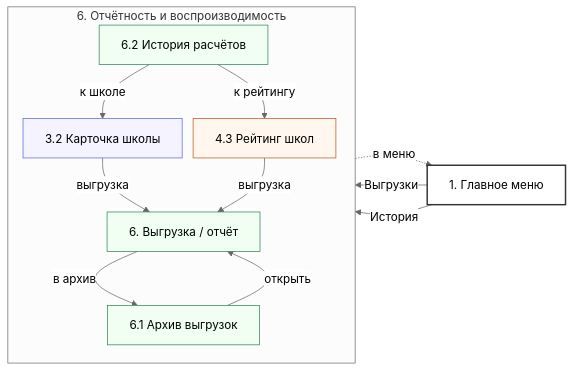
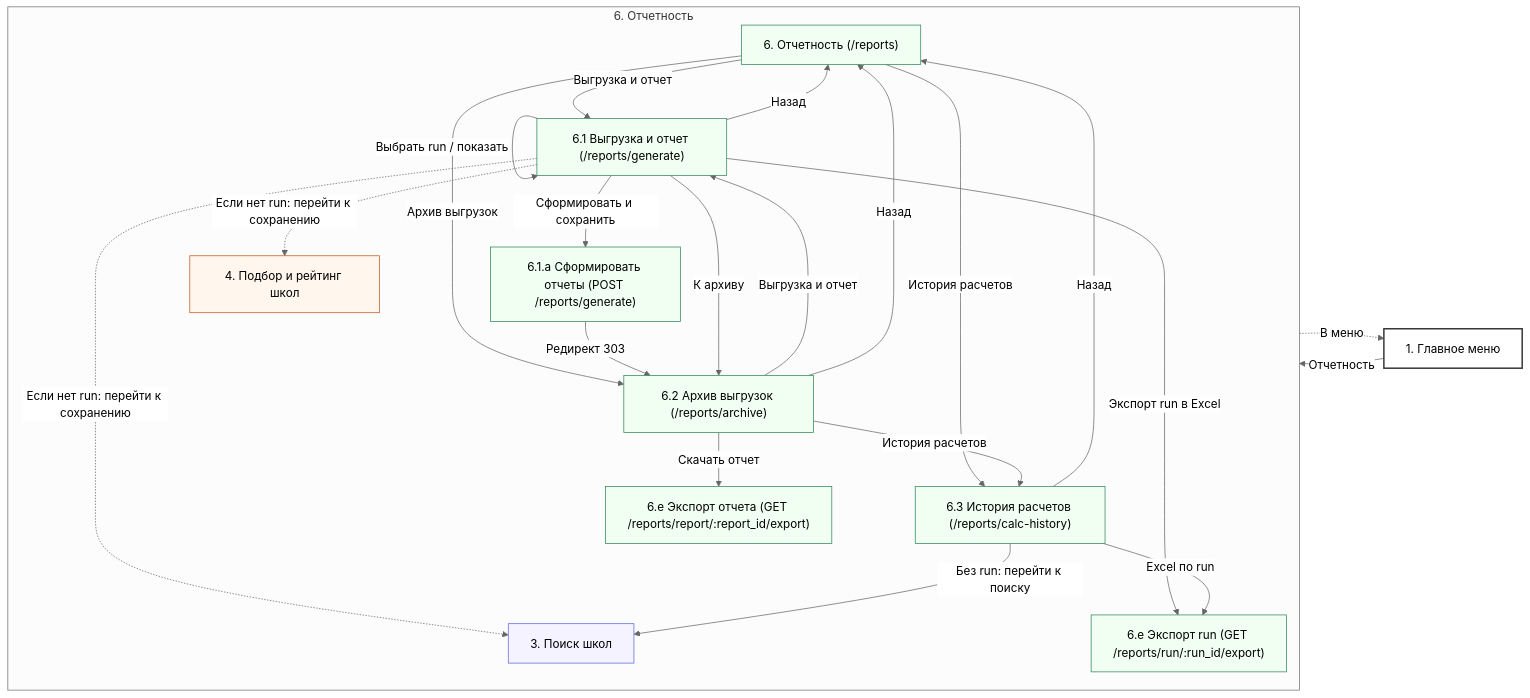
One commit to AntoshinaVeronicka/school-ranking-system changed the sixth of 8 diagrams in mermaid/dialog_tree.md. Above: the diagram before and after it, drawn with Mermaid (neutral theme). The commit also changed other lines of this file, not shown here.

````diff
--- a/mermaid/dialog_tree.md
+++ b/mermaid/dialog_tree.md
@@ -292,49 +266,60 @@
 ```mermaid
 ---
 config:
   layout: dagre
   flowchart:
     nodeSpacing: 15
     rankSpacing: 25
 ---
 
 flowchart LR
   MainForm["1. Главное меню"]
-  SchoolCard["3.2 Карточка школы"]
-  RatingList["4.3 Рейтинг школ"]
+  SearchForm["3. Поиск школ"]
+  RatingProfile["4. Подбор и рейтинг школ"]
 
-  subgraph REPORTS["6. Отчётность и воспроизводимость"]
+  subgraph REPORTS["6. Отчетность"]
     direction TB
-    ReportGenerate["6. Выгрузка / отчёт"]
-    ReportArchive["6.1 Архив выгрузок"]
-    CalcHistory["6.2 История расчётов"]
+    ReportsHome["6. Отчетность (/reports)"]
+    ReportGenerate["6.1 Выгрузка и отчет (/reports/generate)"]
+    ReportGenerateAction["6.1.a Сформировать отчеты (POST /reports/generate)"]
+    ReportArchive["6.2 Архив выгрузок (/reports/archive)"]
+    CalcHistory["6.3 История расчетов (/reports/calc-history)"]
+    RunExport["6.e Экспорт run (GET /reports/run/:run_id/export)"]
+    ReportExport["6.e Экспорт отчета (GET /reports/report/:report_id/export)"]
 
-    SchoolCard -->|выгрузка| ReportGenerate
-    RatingList -->|выгрузка| ReportGenerate
+    ReportsHome -->|Выгрузка и отчет| ReportGenerate
+    ReportsHome -->|Архив выгрузок| ReportArchive
+    ReportsHome -->|История расчетов| CalcHistory
 
-    ReportGenerate -->|в архив| ReportArchive
-    ReportArchive -->|открыть| ReportGenerate
+    ReportGenerate -->|Выбрать run / показать| ReportGenerate
+    ReportGenerate -->|Сформировать и сохранить| ReportGenerateAction
+    ReportGenerateAction -->|Редирект 303| ReportArchive
+    ReportGenerate -->|Экспорт run в Excel| RunExport
+    ReportGenerate -->|К архиву| ReportArchive
+    ReportGenerate -->|Назад| ReportsHome
+    ReportGenerate -.->|Если нет run: перейти к сохранению| SearchForm
+    ReportGenerate -.->|Если нет run: перейти к сохранению| RatingProfile
 
-    CalcHistory -->|к рейтингу| RatingList
-    CalcHistory -->|к школе| SchoolCard
+    ReportArchive -->|Скачать отчет| ReportExport
+    ReportArchive -->|Выгрузка и отчет| ReportGenerate
+    ReportArchive -->|История расчетов| CalcHistory
+    ReportArchive -->|Назад| ReportsHome
+
+    CalcHistory -->|Excel по run| RunExport
+    CalcHistory -->|Без run: перейти к поиску| SearchForm
+    CalcHistory -->|Назад| ReportsHome
   end
 
-  MainForm -->|Выгрузки| ReportGenerate
-  MainForm -->|История| CalcHistory
-  REPORTS -.->|в меню| MainForm
+  MainForm -->|Отчетность| ReportsHome
+  REPORTS -.->|В меню| MainForm
 
-  %% ====== Стили ======
-  classDef auth fill:#f2f2f2,stroke:#333,stroke-width:1px;
   classDef main fill:#ffffff,stroke:#333,stroke-width:2px;
-  classDef data fill:#eef7ff,stroke:#2b6cb0,stroke-width:1px;
   classDef search fill:#f5f3ff,stroke:#5a67d8,stroke-width:1px;
   classDef rating fill:#fff7ed,stroke:#c05621,stroke-width:1px;
-  classDef set fill:#f7fafc,stroke:#4a5568,stroke-width:1px;
   classDef rep fill:#f1fff3,stroke:#2f855a,stroke-width:1px;
-  classDef adm fill:#fff1f2,stroke:#b83280,stroke-width:1px;
 
   class MainForm main;
-  class ReportGenerate,ReportArchive,CalcHistory rep;
-  class SchoolCard search;
-  class RatingList rating;
+  class SearchForm search;
+  class RatingProfile rating;
+  class ReportsHome,ReportGenerate,ReportGenerateAction,ReportArchive,CalcHistory,RunExport,ReportExport rep;
 ```
````
